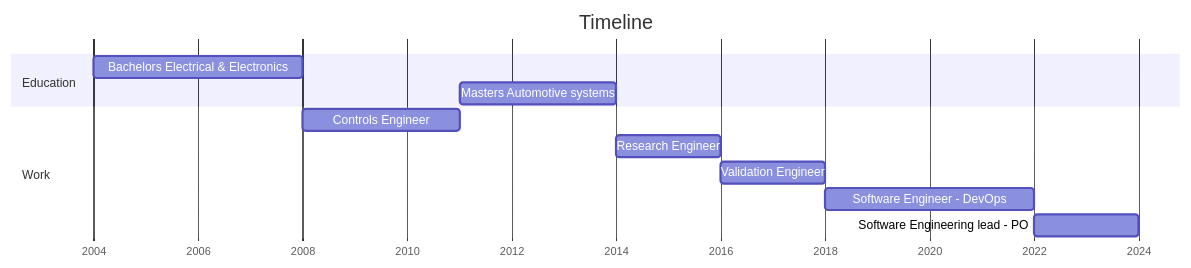
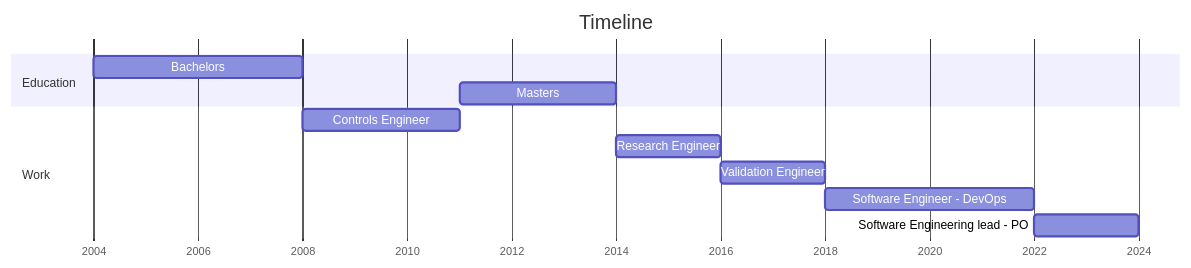
Before and after one commit to kar-ven/kar-ven.github.io: the diagram in README.md, drawn with Mermaid. The commit also changed other lines of this file, not shown here.

Commit message:
update cv

```diff
--- a/README.md
+++ b/README.md
@@ -3,16 +3,16 @@
 <pre class="mermaid">
 gantt
     title Timeline
     dateFormat YYYY
     axisFormat %Y
     Section Education
-    Bachelors Electrical & Electronics :2004, 2008
-    Masters Automotive systems         :2011, 2014
+    Bachelors                          :2004, 2008
+    Masters                            :2011, 2014
     section Work
     Controls Engineer                  :2008, 2011
     Research Engineer                  :2014, 2016
     Validation Engineer                :2016, 2018
     Software Engineer - DevOps         :2018, 2022
     Software Engineering lead - PO     :2022, 2024
 
 </pre>
```
